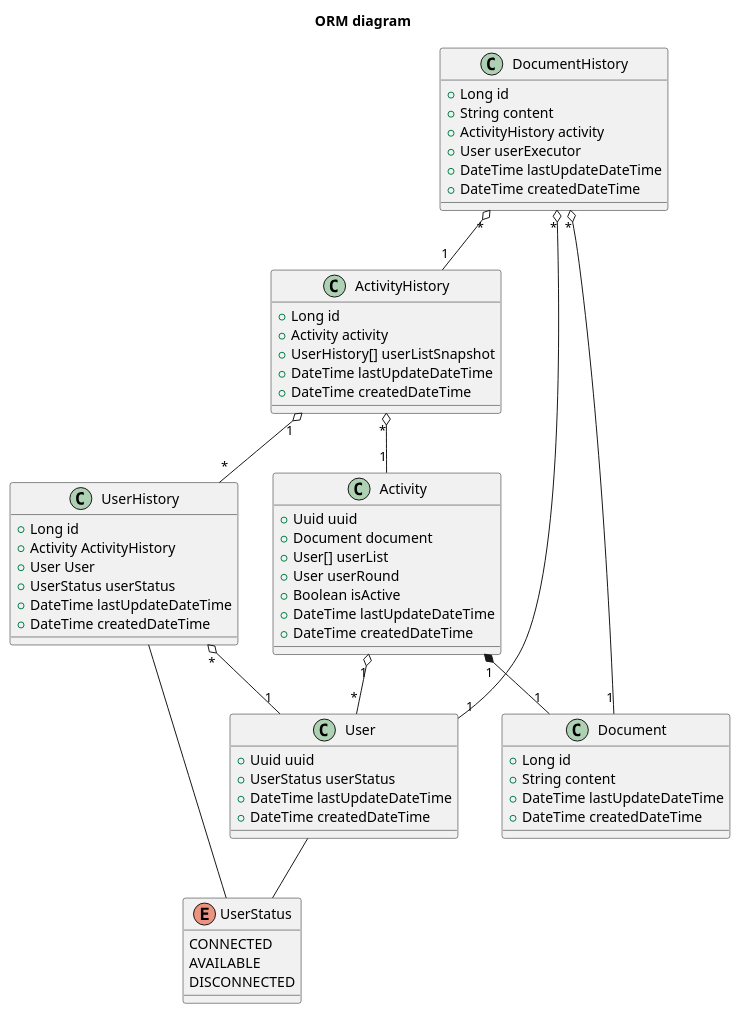
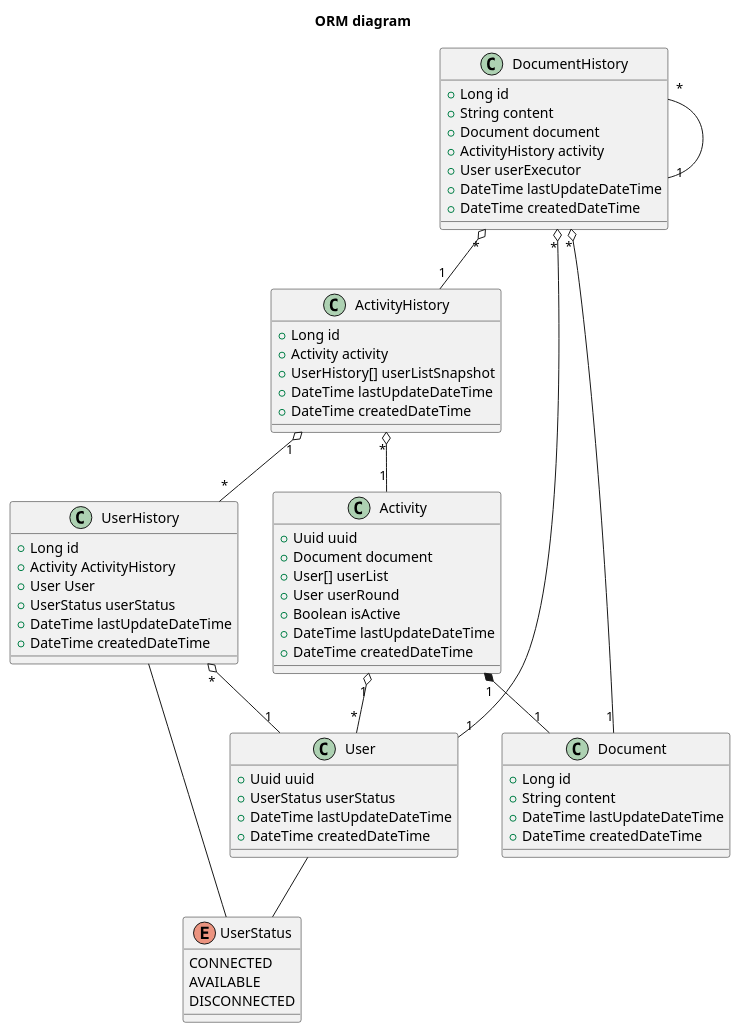
Before and after one commit to orion-services/Activity: the diagram in docs/diagrams/class/ORM.wsd, drawn with PlantUML. The commit also changed 1 other file, not shown here.

```diff
--- a/docs/diagrams/class/ORM.wsd
+++ b/docs/diagrams/class/ORM.wsd
@@ -1,78 +1,80 @@
 @startuml ORM
   title "ORM diagram"
   ' ------ CLASS DECLARATION ------
   class Activity {
     +Uuid uuid
     +Document document
     +User[] userList
     +User userRound
     +Boolean isActive
     +DateTime lastUpdateDateTime
     +DateTime createdDateTime
   }
 
   class Document {
     +Long id
     +String content
     +DateTime lastUpdateDateTime
     +DateTime createdDateTime
   }
 
   class DocumentHistory {
     +Long id
     +String content
+    +Document document
     +ActivityHistory activity
     +User userExecutor
     +DateTime lastUpdateDateTime
     +DateTime createdDateTime
   }
 
   class ActivityHistory {
     +Long id
     +Activity activity
     +UserHistory[] userListSnapshot
     +DateTime lastUpdateDateTime
     +DateTime createdDateTime
   }
 
   class UserHistory {
     +Long id
     +Activity ActivityHistory
     +User User
     +UserStatus userStatus
     +DateTime lastUpdateDateTime
     +DateTime createdDateTime
   }
 
   class User {
     +Uuid uuid
     +UserStatus userStatus
     +DateTime lastUpdateDateTime
     +DateTime createdDateTime
   }
 
   enum UserStatus {
     CONNECTED
     AVAILABLE
     DISCONNECTED
   }
   ' ------ END CLASS DECLARATION ------
   ' -----------------------------------
   ' ------ RELATION DECLARATIONS ------
   User -- UserStatus
 
   Activity "1" o-- "*"User
   Activity "1" *-- "1" Document
 
   ActivityHistory "*" o-- "1" Activity
   ActivityHistory "1" o-- "*" UserHistory
 
   DocumentHistory "*" o-- "1" Document
   DocumentHistory "*" o-- "1" User
   DocumentHistory "*" o-- "1" ActivityHistory
+  DocumentHistory "*" O-- "1" DocumentHistory
 
   UserHistory "*" o-- "1" User
   UserHistory -- UserStatus
 
   ' ------ END RELATION DECLARATIONS ------
 @enduml
```
